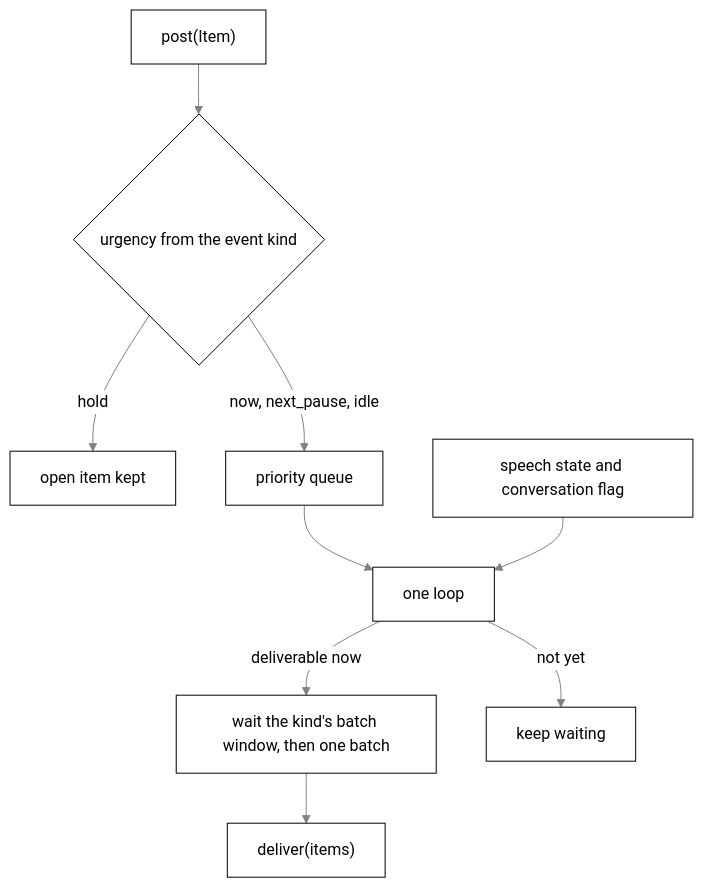
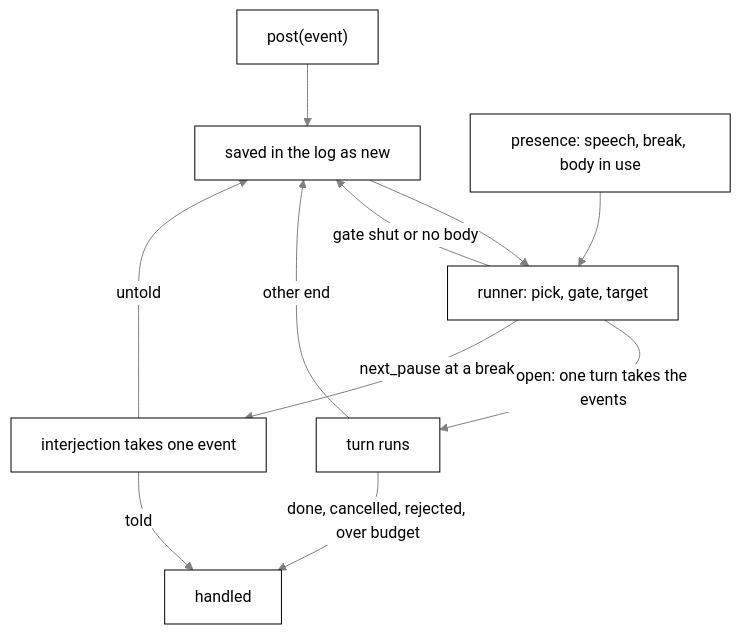
Diagram 15 of 15 in docs/brain.md (nadeem4/tagalong), drawn with Mermaid before and after one commit. The commit also changed other lines of this file and 49 other files, not shown here.

First line of the commit message:
feat(brain): one turn runner picks events in order (T1c) (#411)

````diff
--- a/docs/brain.md
+++ b/docs/brain.md
@@ -2536,12 +2576,14 @@
 ```mermaid
 %%{init: {"theme": "base", "themeVariables": {"primaryColor": "#ffffff", "primaryTextColor": "#000000", "primaryBorderColor": "#000000", "lineColor": "#808080", "arrowheadColor": "#808080", "secondaryColor": "#f2f2f2", "tertiaryColor": "#ffffff", "clusterBkg": "#f7f7f7", "clusterBorder": "#808080", "edgeLabelBackground": "#ffffff", "titleColor": "#808080", "actorBkg": "#ffffff", "actorBorder": "#000000", "actorTextColor": "#000000", "actorLineColor": "#808080", "signalColor": "#808080", "signalTextColor": "#808080", "sequenceNumberColor": "#ffffff", "labelBoxBkgColor": "#ffffff", "labelBoxBorderColor": "#808080", "labelTextColor": "#000000", "loopTextColor": "#808080", "noteBkgColor": "#f7f7f7", "noteBorderColor": "#808080", "noteTextColor": "#000000", "activationBkgColor": "#f7f7f7", "activationBorderColor": "#808080", "fontFamily": "Segoe UI, Helvetica, Arial, sans-serif"}}}%%
 flowchart TD
-  P["post(Item)"] --> U{"urgency from the event kind"}
-  U -- hold --> O["open item kept"]
-  U -- now, next_pause, idle --> Q["priority queue"]
-  Q --> L["one loop"]
-  S["speech state and conversation flag"] --> L
-  L -- "deliverable now" --> B["wait the kind's batch window, then one batch"]
-  B --> D["deliver(items)"]
-  L -- "not yet" --> W["keep waiting"]
+  P["post(event)"] --> L["saved in the log as new"]
+  L --> R["runner: pick, gate, target"]
+  S["presence: speech, break, body in use"] --> R
+  R -- "gate shut or no body" --> L
+  R -- "open: one turn takes the events" --> T["turn runs"]
+  R -- "next_pause at a break" --> I["interjection takes one event"]
+  T -- "done, cancelled, rejected, over budget" --> H["handled"]
+  T -- "other end" --> L
+  I -- "told" --> H
+  I -- "untold" --> L
 ```
````
